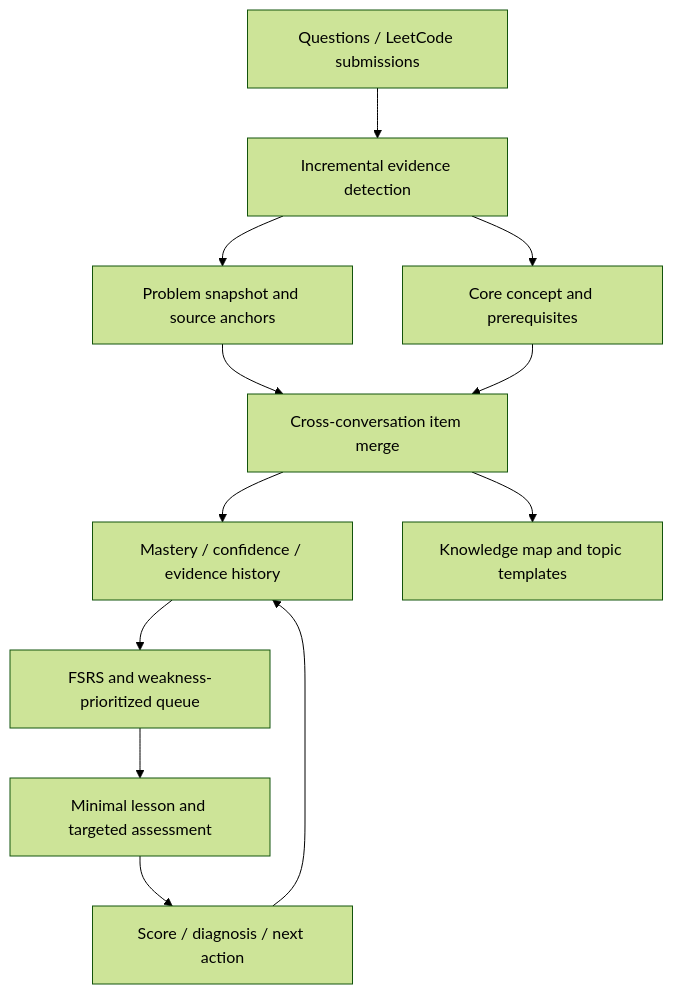
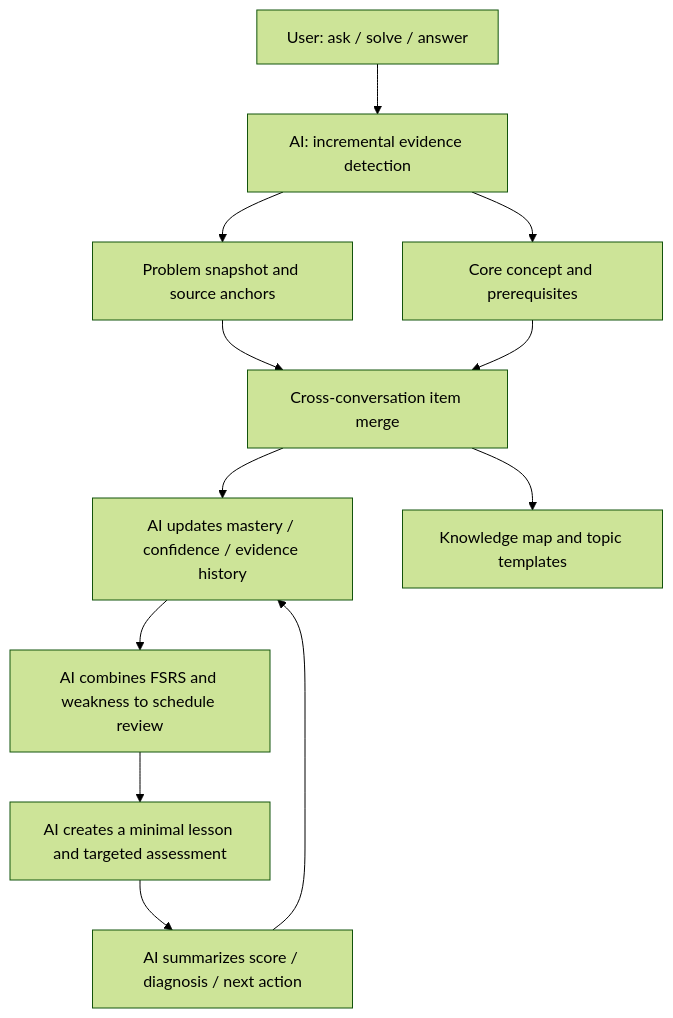
The diagram in README.en.md (huaxx-lab/LeetLens), drawn with Mermaid (forest theme) before and after one commit. The commit also changed other lines of this file and 7 other files, not shown here.

````diff
--- a/README.en.md
+++ b/README.en.md
@@ -79,14 +124,14 @@
 ```mermaid
 flowchart TD
-  A[Questions / LeetCode submissions] --> B[Incremental evidence detection]
+  A[User: ask / solve / answer] --> B[AI: incremental evidence detection]
   B --> C[Problem snapshot and source anchors]
   B --> D[Core concept and prerequisites]
   C --> E[Cross-conversation item merge]
   D --> E
-  E --> F[Mastery / confidence / evidence history]
-  F --> G[FSRS and weakness-prioritized queue]
-  G --> H[Minimal lesson and targeted assessment]
-  H --> I[Score / diagnosis / next action]
+  E --> F[AI updates mastery / confidence / evidence history]
+  F --> G[AI combines FSRS and weakness to schedule review]
+  G --> H[AI creates a minimal lesson and targeted assessment]
+  H --> I[AI summarizes score / diagnosis / next action]
   I --> F
   E --> J[Knowledge map and topic templates]
 ```
````
